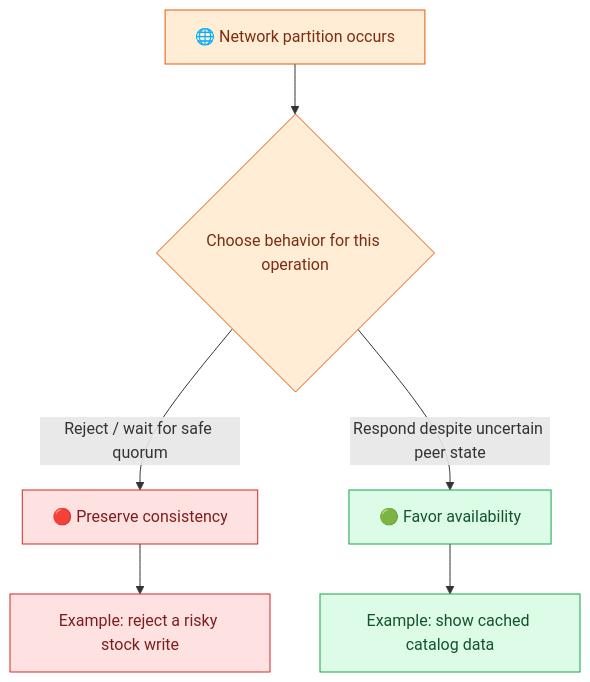
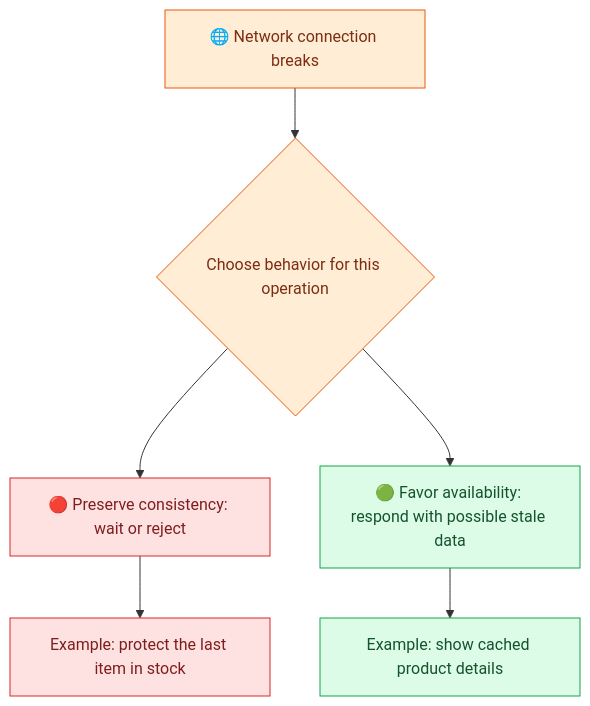
The ninth of 9 diagrams in System-Design/01-E-Commerce-Amazon.md (azam123/Engineering-Interview-Prep), drawn with Mermaid before and after one commit. The commit also changed other lines of this file, not shown here.

```diff
--- a/System-Design/01-E-Commerce-Amazon.md
+++ b/System-Design/01-E-Commerce-Amazon.md
@@ -575,14 +470,14 @@
 ~~~mermaid
 flowchart TD
-    PART["🌐 Network partition occurs"] --> CHOICE{"Choose behavior for this operation"}
-    CHOICE -->|Reject / wait for safe quorum| C["🔴 Preserve consistency"]
-    CHOICE -->|Respond despite uncertain peer state| A["🟢 Favor availability"]
-    C --> EX1["Example: reject a risky stock write"]
-    A --> EX2["Example: show cached catalog data"]
-    classDef partition fill:#ffedd5,stroke:#ea580c,color:#7c2d12;
-    classDef consistent fill:#fee2e2,stroke:#dc2626,color:#7f1d1d;
-    classDef available fill:#dcfce7,stroke:#16a34a,color:#14532d;
-    class PART,CHOICE partition;
-    class C,EX1 consistent;
-    class A,EX2 available;
+    P["🌐 Network connection breaks"] --> D{"Choose behavior for this operation"}
+    D --> C["🔴 Preserve consistency: wait or reject"]
+    D --> A["🟢 Favor availability: respond with possible stale data"]
+    C --> X["Example: protect the last item in stock"]
+    A --> Y["Example: show cached product details"]
+    classDef problem fill:#ffedd5,stroke:#ea580c,color:#7c2d12;
+    classDef con fill:#fee2e2,stroke:#dc2626,color:#7f1d1d;
+    classDef avail fill:#dcfce7,stroke:#16a34a,color:#14532d;
+    class P,D problem;
+    class C,X con;
+    class A,Y avail;
 ~~~
```
